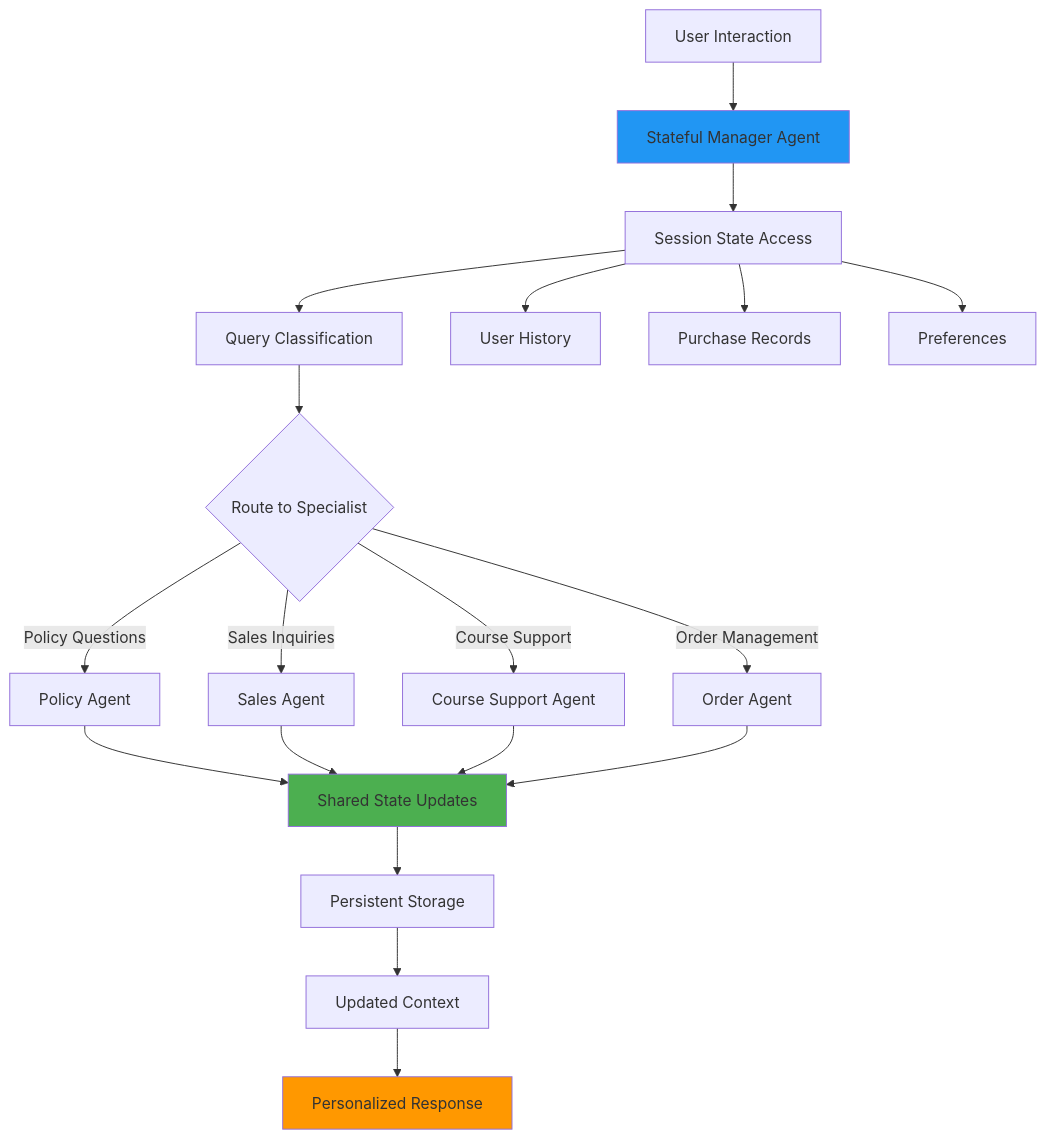
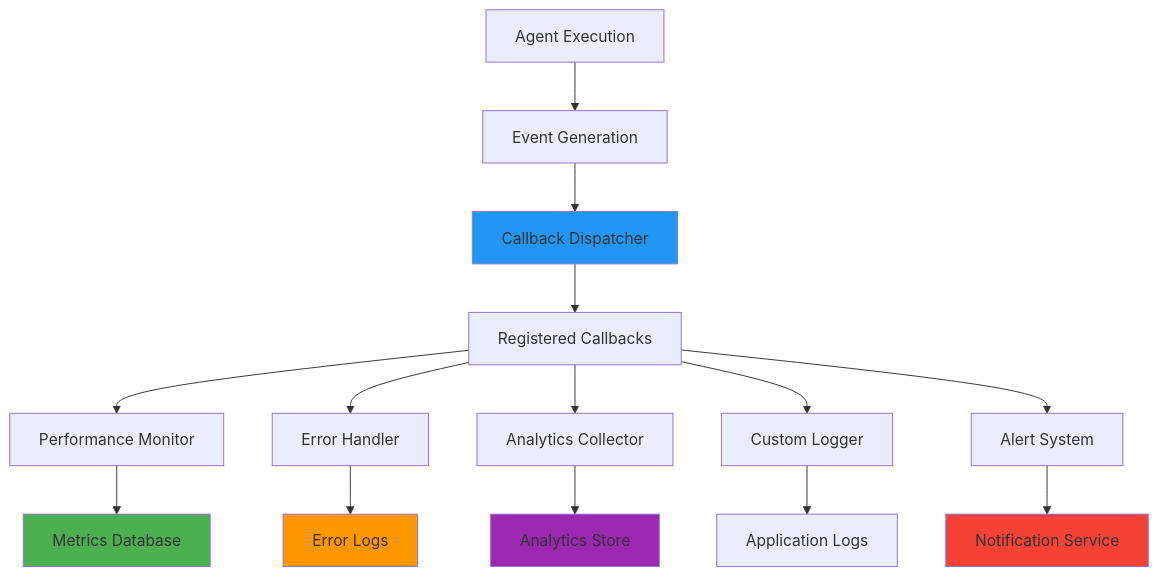
The second of 28 diagrams in 9-callbacks/README.md (Yash-Kavaiya/agent-development-kit-crash-course), drawn with Mermaid before and after one commit. The commit also changed other lines of this file, not shown here.

````diff
--- a/9-callbacks/README.md
+++ b/9-callbacks/README.md
@@ -59,29 +63,24 @@
 ```mermaid
 graph TD
-    A[User Interaction] --> B[Stateful Manager Agent]
-    B --> C[Session State Access]
-    C --> D[Query Classification]
-    D --> E{Route to Specialist}
+    A[Agent Execution] --> B[Event Generation]
+    B --> C[Callback Dispatcher]
+    C --> D[Registered Callbacks]
     
-    E -->|Policy Questions| F[Policy Agent]
-    E -->|Sales Inquiries| G[Sales Agent]
-    E -->|Course Support| H[Course Support Agent]
-    E -->|Order Management| I[Order Agent]
+    D --> E[Performance Monitor]
+    D --> F[Error Handler]
+    D --> G[Analytics Collector]
+    D --> H[Custom Logger]
+    D --> I[Alert System]
     
-    F --> J[Shared State Updates]
-    G --> J
-    H --> J
-    I --> J
+    E --> J[Metrics Database]
+    F --> K[Error Logs]
+    G --> L[Analytics Store]
+    H --> M[Application Logs]
+    I --> N[Notification Service]
     
-    J --> K[Persistent Storage]
-    K --> L[Updated Context]
-    L --> M[Personalized Response]
-    
-    C --> N[User History]
-    C --> O[Purchase Records]
-    C --> P[Preferences]
-    
-    style B fill:#2196f3
+    style C fill:#2196f3
     style J fill:#4caf50
-    style M fill:#ff9800
+    style K fill:#ff9800
+    style L fill:#9c27b0
+    style N fill:#f44336
 ```
````
